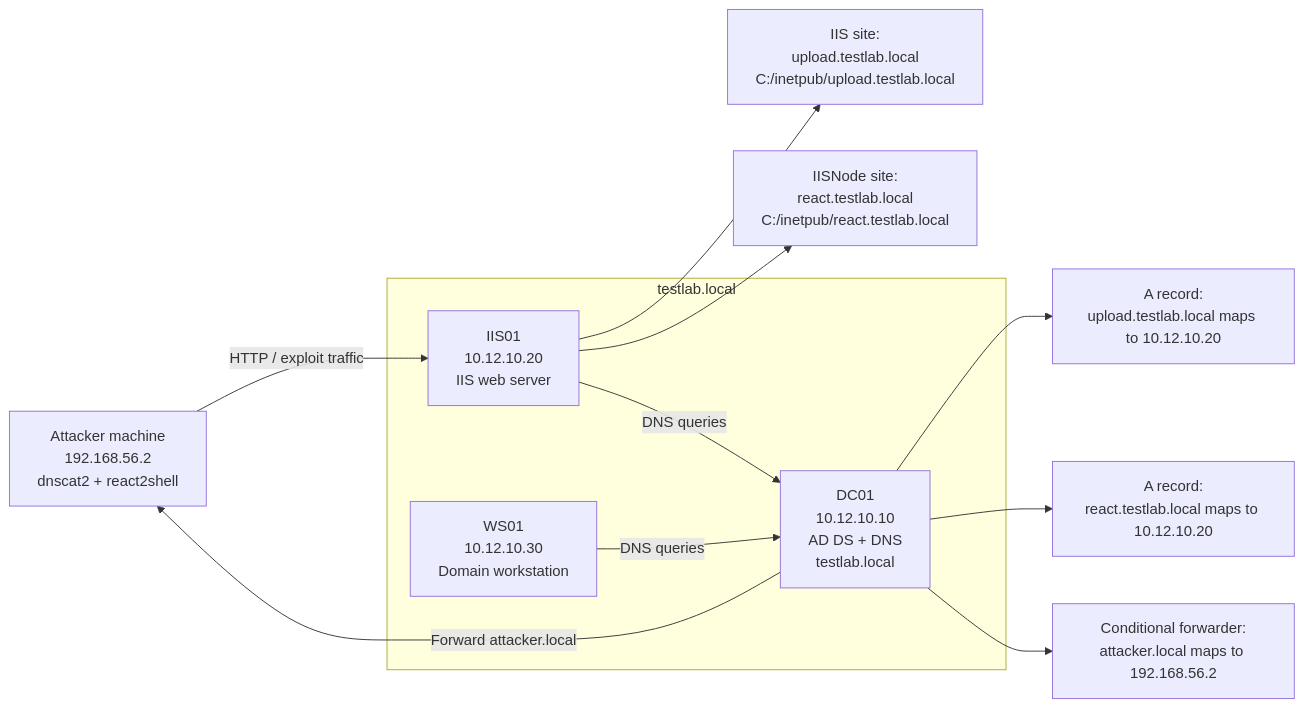
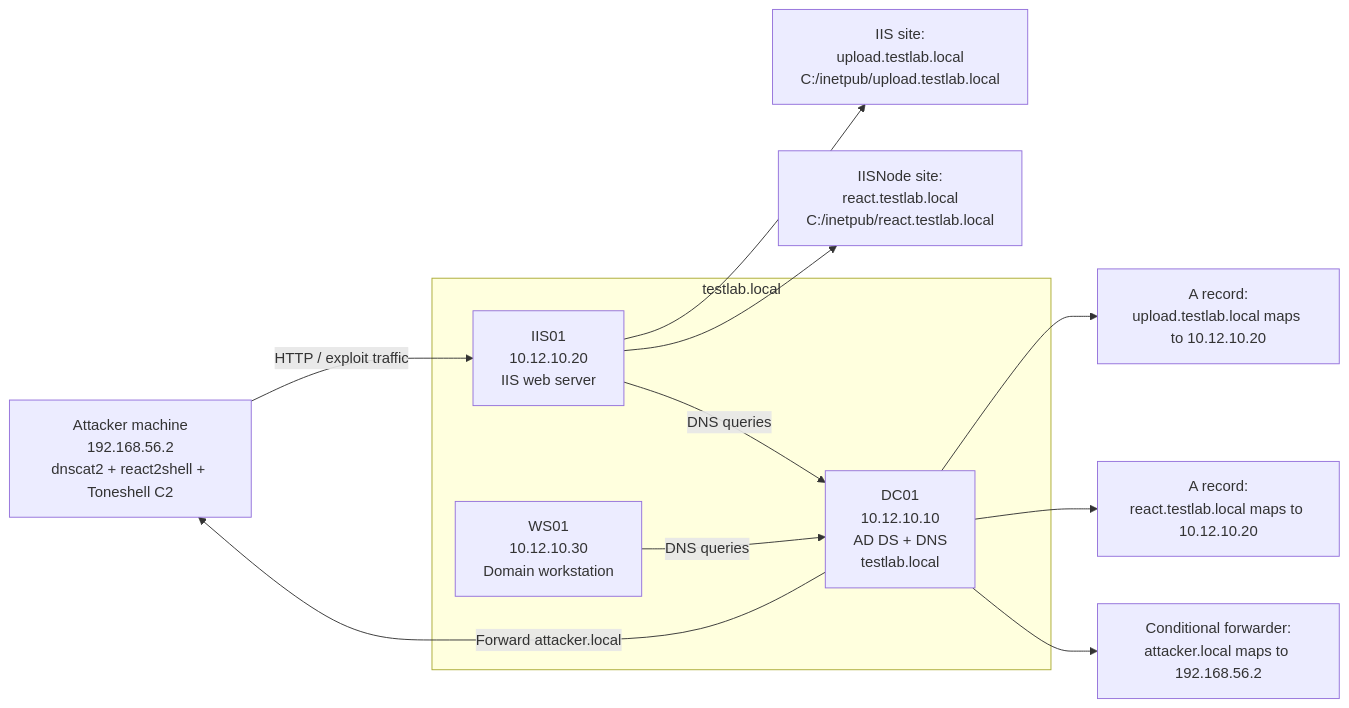
One commit to uetsymphonique/testlab-ael changed the first of 4 diagrams in testlab-enterprise/windows-adversary-plan/Emulation_Plan/summary.md. Above: the diagram before and after it, drawn with Mermaid. The commit also changed other lines of this file, not shown here.

````diff
--- a/testlab-enterprise/windows-adversary-plan/Emulation_Plan/summary.md
+++ b/testlab-enterprise/windows-adversary-plan/Emulation_Plan/summary.md
@@ -45,25 +56,25 @@
 ```mermaid
 flowchart LR
-    ATTACKER["Attacker machine<br/>192.168.56.2<br/>dnscat2 + react2shell"]
+    ATTACKER["Attacker machine<br/>192.168.56.2<br/>dnscat2 + react2shell + Toneshell C2"]
     DC["DC01<br/>10.12.10.10<br/>AD DS + DNS<br/>testlab.local"]
     IIS["IIS01<br/>10.12.10.20<br/>IIS web server"]
     WS["WS01<br/>10.12.10.30<br/>Domain workstation"]
 
     subgraph DOMAIN["testlab.local"]
         DC
         IIS
         WS
     end
 
     DC --> DNS1["A record:<br/>upload.testlab.local maps to 10.12.10.20"]
     DC --> DNS2["A record:<br/>react.testlab.local maps to 10.12.10.20"]
     DC --> DNS3["Conditional forwarder:<br/>attacker.local maps to 192.168.56.2"]
 
     IIS --> UPLOAD["IIS site:<br/>upload.testlab.local<br/>C:/inetpub/upload.testlab.local"]
     IIS --> REACT["IISNode site:<br/>react.testlab.local<br/>C:/inetpub/react.testlab.local"]
 
     WS -->|"DNS queries"| DC
     IIS -->|"DNS queries"| DC
     DC -->|"Forward attacker.local"| ATTACKER
     ATTACKER -->|"HTTP / exploit traffic"| IIS
 ```
````
